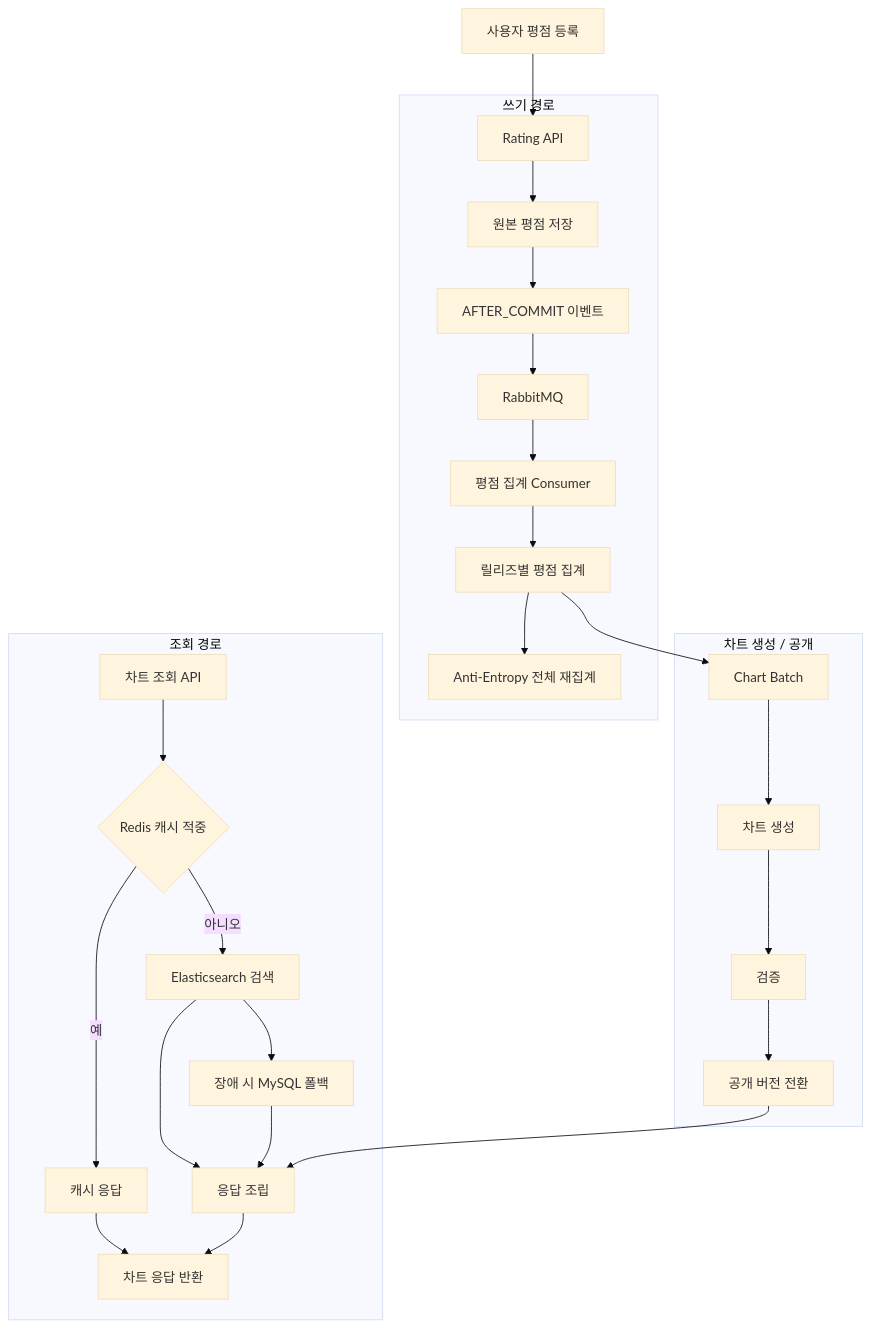
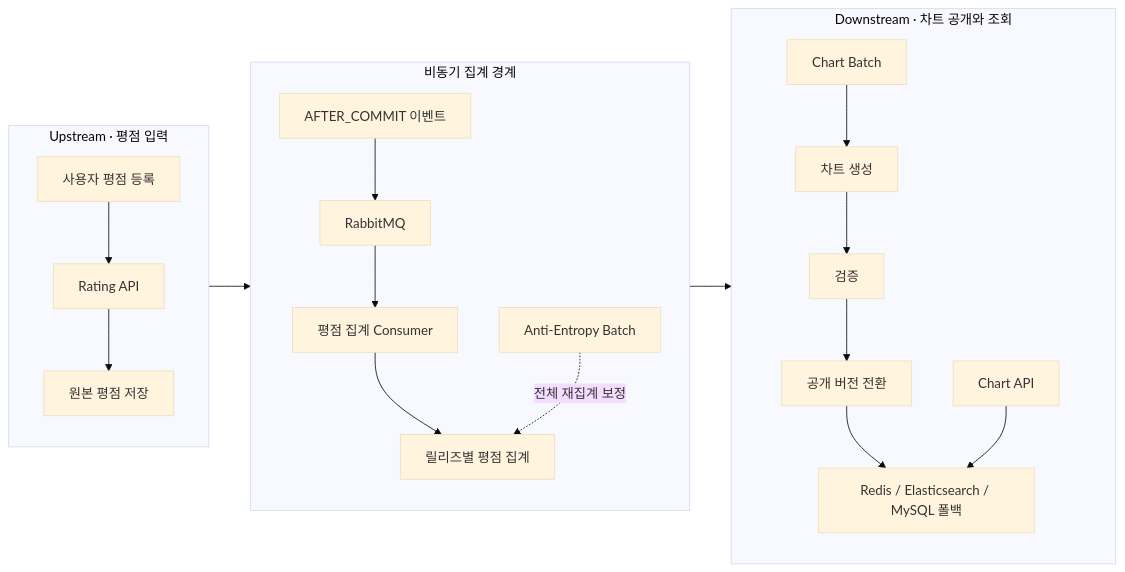
One commit to joohyeongzz81/hipster changed the first of 2 diagrams in README.md. Above: the diagram before and after it, drawn with Mermaid (base theme). The commit also changed other lines of this file, not shown here.

````diff
--- a/README.md
+++ b/README.md
@@ -20,52 +20,36 @@
 ```mermaid
-flowchart TD
-    A[사용자 평점 등록] --> B[Rating API]
-    B --> C[원본 평점 저장]
-    C --> D[AFTER_COMMIT 이벤트]
-    D --> E[RabbitMQ]
-    E --> F[평점 집계 Consumer]
-    F --> G[릴리즈별 평점 집계]
-    G --> H[Anti-Entropy 전체 재집계]
-
-    subgraph WritePath[쓰기 경로]
-        B
-        C
-        D
-        E
-        F
-        G
-        H
+flowchart LR
+    subgraph Upstream[Upstream · 평점 입력]
+        direction TB
+        A[사용자 평점 등록]
+        B[Rating API]
+        C[원본 평점 저장]
+        A --> B --> C
     end
 
-    G --> I[Chart Batch]
-    I --> J[차트 생성]
-    J --> K[검증]
-    K --> L[공개 버전 전환]
-
-    subgraph PublishPath[차트 생성 / 공개]
-        I
-        J
-        K
-        L
+    subgraph Bridge[비동기 집계 경계]
+        direction TB
+        D[AFTER_COMMIT 이벤트]
+        E[RabbitMQ]
+        F[평점 집계 Consumer]
+        G[릴리즈별 평점 집계]
+        H[Anti-Entropy Batch]
+        D --> E --> F --> G
+        H -. 전체 재집계 보정 .-> G
     end
 
-    M[차트 조회 API] --> N{Redis 캐시 적중}
-    N -->|예| O[캐시 응답]
-    N -->|아니오| P[Elasticsearch 검색]
-    P --> R[응답 조립]
-    P --> Q[장애 시 MySQL 폴백]
-    Q --> R
-    L --> R
-    O --> S[차트 응답 반환]
-    R --> S
+    subgraph Downstream[Downstream · 차트 공개와 조회]
+        direction TB
+        I[Chart Batch]
+        J[차트 생성]
+        K[검증]
+        L[공개 버전 전환]
+        M[Redis / Elasticsearch / MySQL 폴백]
+        N[Chart API]
+        I --> J --> K --> L --> M
+        N --> M
+    end
 
-    subgraph ReadPath[조회 경로]
-        M
-        N
-        O
-        P
-        Q
-        R
-        S
-    end
+    C --> D
+    G --> I
 ```
````
